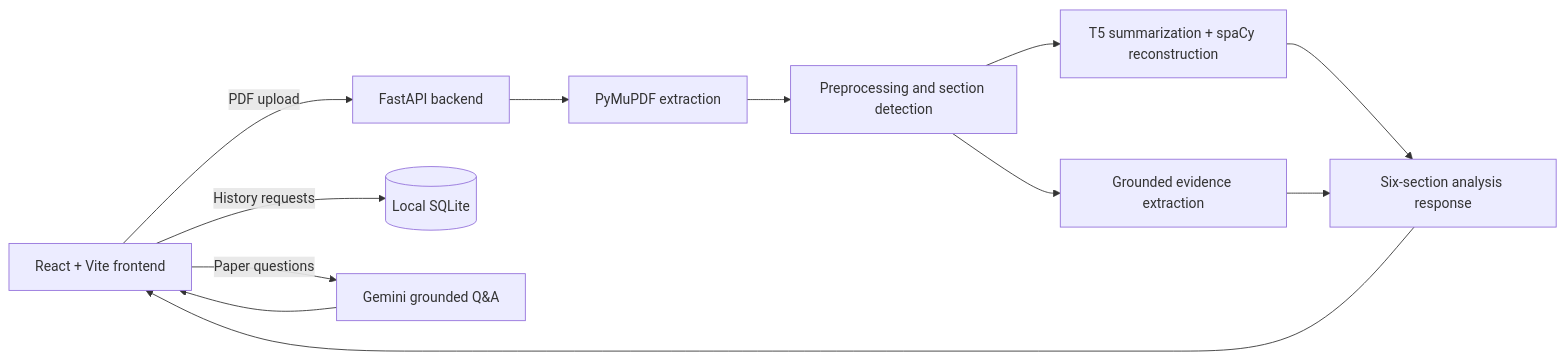
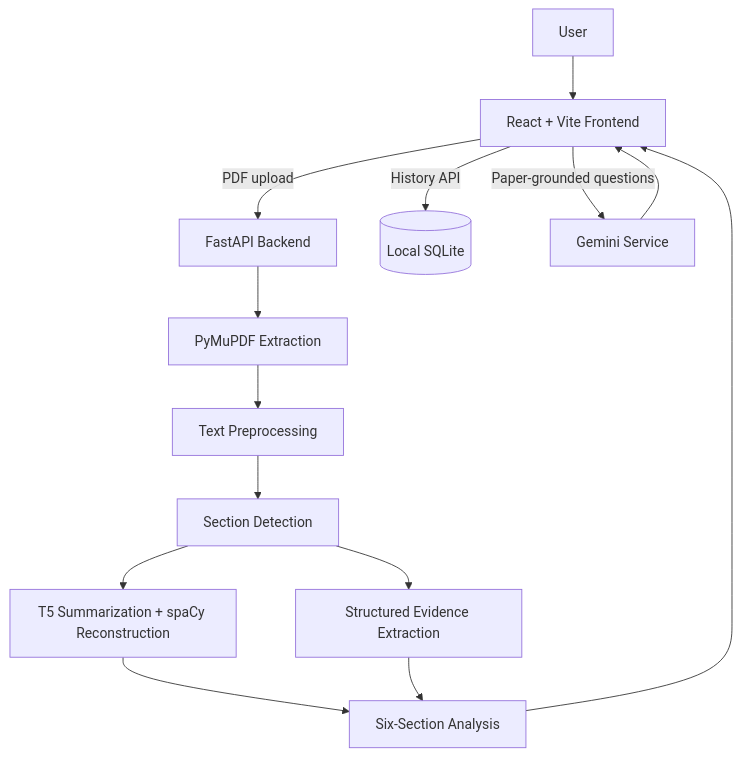
One commit to Johar343/ReLens-AI-powered-Research-Paper-Analyzer changed the first of 2 diagrams in README.md. Above: the diagram before and after it, drawn with Mermaid. The commit also changed other lines of this file, not shown here.

````diff
--- a/README.md
+++ b/README.md
@@ -9,14 +79,16 @@
 ```mermaid
-flowchart LR
-    U[React + Vite frontend] -->|PDF upload| API[FastAPI backend]
-    API --> PDF[PyMuPDF extraction]
-    PDF --> PRE[Preprocessing and section detection]
-    PRE --> NLP[T5 summarization + spaCy reconstruction]
-    PRE --> EXT[Grounded evidence extraction]
-    NLP --> OUT[Six-section analysis response]
+flowchart TD
+    U[User] --> FE[React + Vite Frontend]
+    FE -->|PDF upload| API[FastAPI Backend]
+    API --> PDF[PyMuPDF Extraction]
+    PDF --> PRE[Text Preprocessing]
+    PRE --> SEC[Section Detection]
+    SEC --> NLP[T5 Summarization + spaCy Reconstruction]
+    SEC --> EXT[Structured Evidence Extraction]
+    NLP --> OUT[Six-Section Analysis]
     EXT --> OUT
-    OUT --> U
-    U -->|History requests| DB[(Local SQLite)]
-    U -->|Paper questions| QA[Gemini grounded Q&A]
-    QA --> U
+    OUT --> FE
+    FE -->|History API| DB[(Local SQLite)]
+    FE -->|Paper-grounded questions| QA[Gemini Service]
+    QA --> FE
 ```
````
